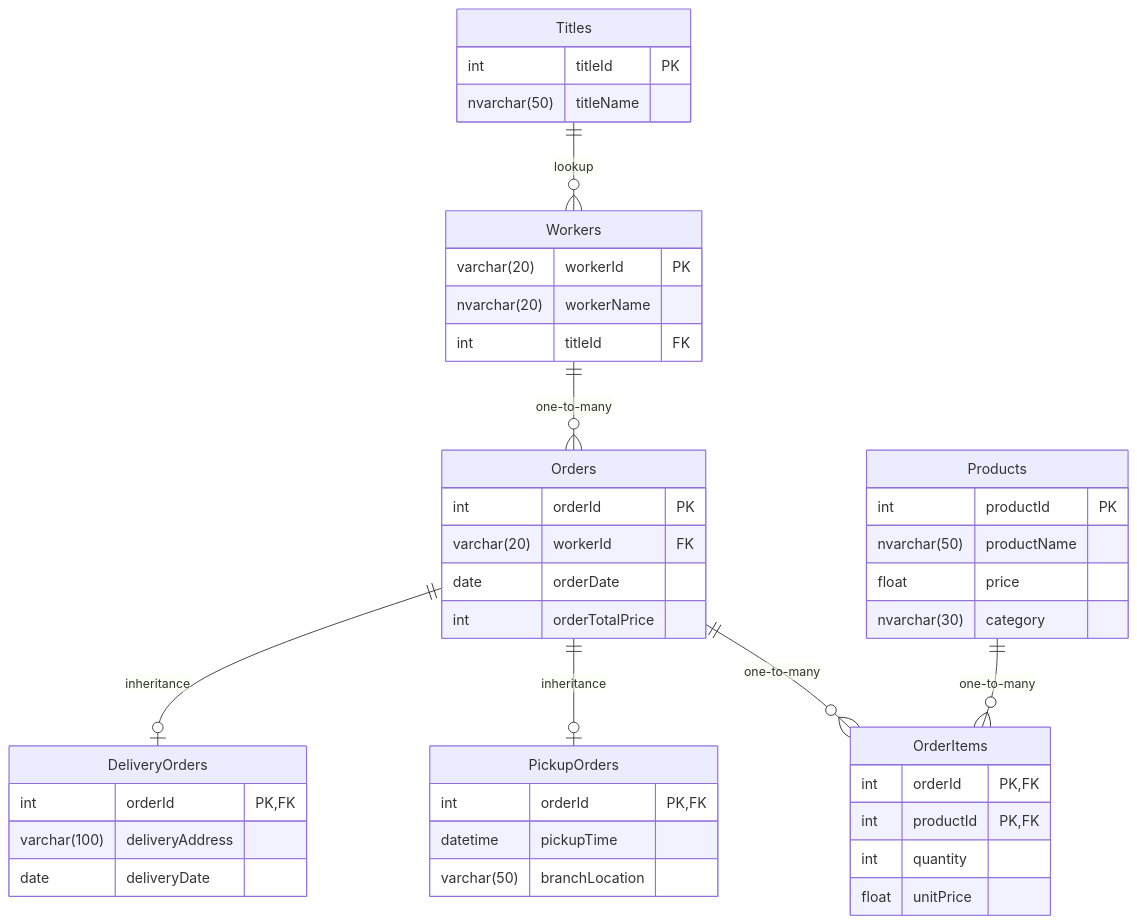
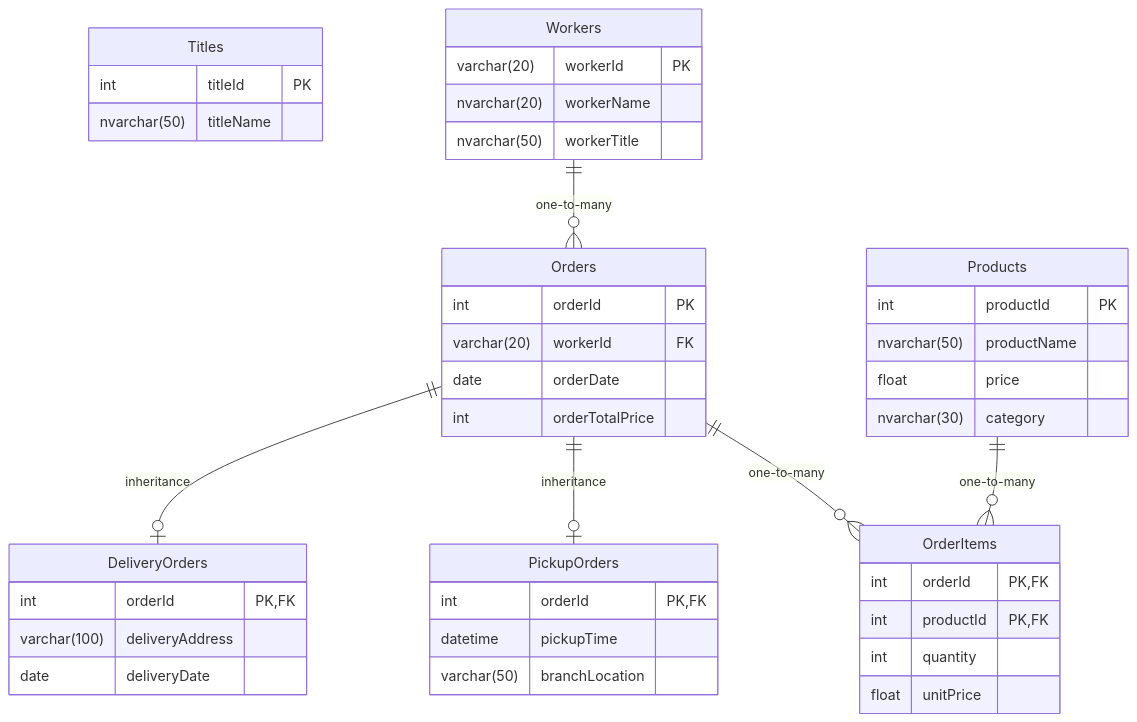
One commit to dcodish/SAD-sample-project changed the second of 3 diagrams in docs/09-diagrams.md. Above: the diagram before and after it, drawn with Mermaid. The commit also changed other lines of this file and 4 other files, not shown here.

````diff
--- a/docs/09-diagrams.md
+++ b/docs/09-diagrams.md
@@ -122,53 +124,52 @@
 ```mermaid
 erDiagram
     Titles {
         int titleId PK
         nvarchar(50) titleName
     }
 
     Workers {
         varchar(20) workerId PK
         nvarchar(20) workerName
-        int titleId FK
+        nvarchar(50) workerTitle
     }
 
     Orders {
         int orderId PK
         varchar(20) workerId FK
         date orderDate
         int orderTotalPrice
     }
 
     DeliveryOrders {
         int orderId PK,FK
         varchar(100) deliveryAddress
         date deliveryDate
     }
 
     PickupOrders {
         int orderId PK,FK
         datetime pickupTime
         varchar(50) branchLocation
     }
 
     Products {
         int productId PK
         nvarchar(50) productName
         float price
         nvarchar(30) category
     }
 
     OrderItems {
         int orderId PK,FK
         int productId PK,FK
         int quantity
         float unitPrice
     }
 
-    Titles ||--o{ Workers : "lookup"
     Workers ||--o{ Orders : "one-to-many"
     Orders ||--o| DeliveryOrders : "inheritance"
     Orders ||--o| PickupOrders : "inheritance"
     Orders ||--o{ OrderItems : "one-to-many"
     Products ||--o{ OrderItems : "one-to-many"
 ```
````
